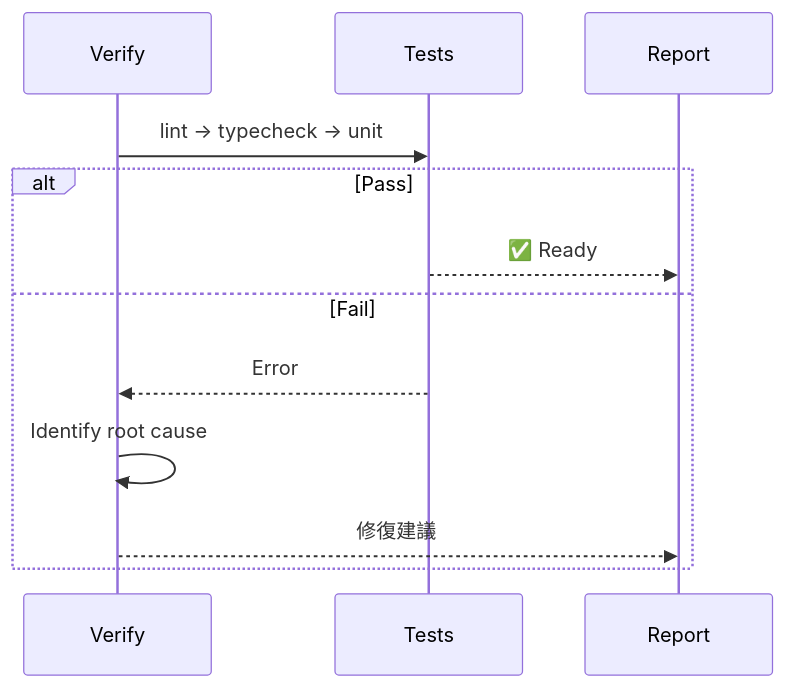
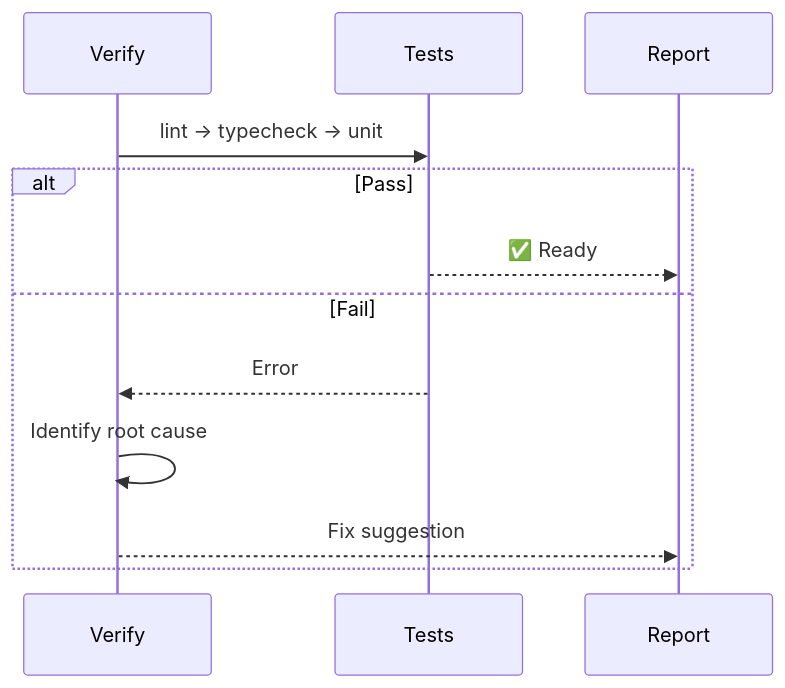
Before and after one commit to jupiter-Pulin/Uranus-dev-flow: the diagram in agents/verify-app.md, drawn with Mermaid. The commit also changed other lines of this file and 106 other files, not shown here.

````diff
--- a/agents/verify-app.md
+++ b/agents/verify-app.md
@@ -12,15 +12,15 @@
 ```mermaid
 sequenceDiagram
     participant V as Verify
     participant T as Tests
     participant R as Report
 
     V->>T: lint → typecheck → unit
     alt Pass
         T-->>R: ✅ Ready
     else Fail
         T-->>V: Error
         V->>V: Identify root cause
-        V-->>R: 修復建議
+        V-->>R: Fix suggestion
     end
 ```
````
